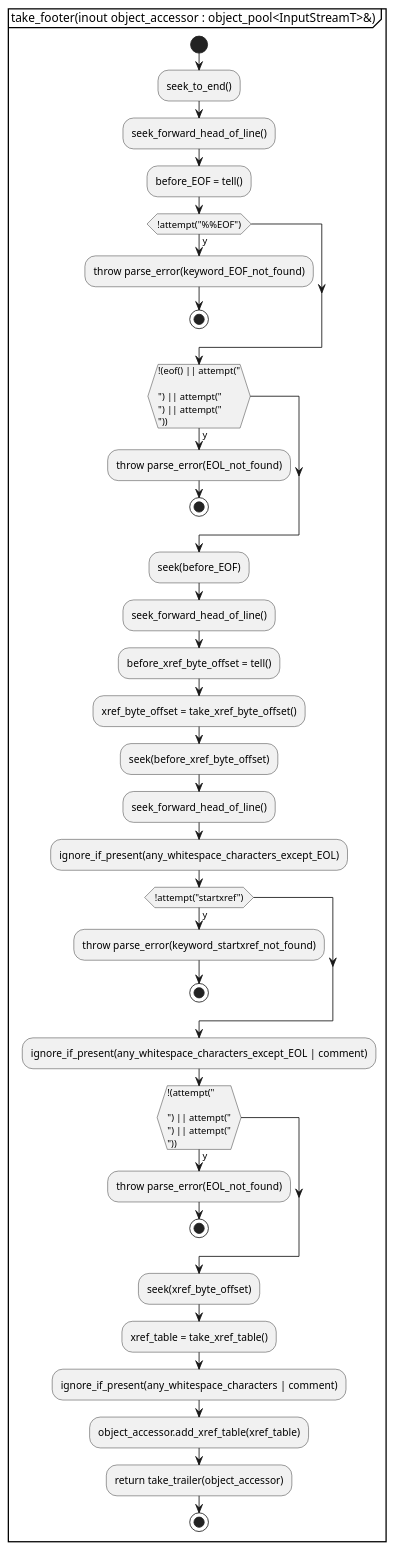
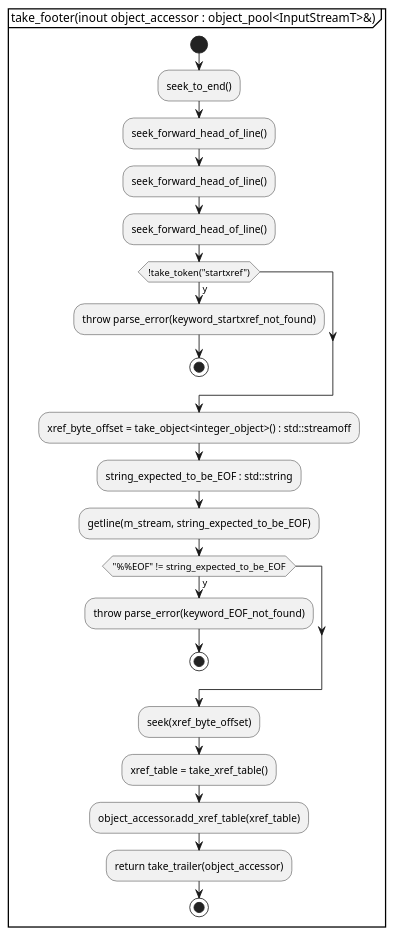
One commit to KodaiYM/PDFReader changed the second of 27 diagrams in document/stream_parser.activity.pu. Above: the diagram before and after it, drawn with PlantUML. The commit also changed other lines of this file and 7 other files, not shown here.

```diff
--- a/document/stream_parser.activity.pu
+++ b/document/stream_parser.activity.pu
@@ -11,49 +11,35 @@
 @startuml take_footer
 partition "take_footer(inout object_accessor : object_pool<InputStreamT>&)" {
 start
-	' %%EOF
 	:seek_to_end();
 	:seek_forward_head_of_line();
-	:before_EOF = tell();
-	if (!attempt("%%EOF")) then (y)
-		:throw parse_error(keyword_EOF_not_found);
-		stop
-	endif
+	:seek_forward_head_of_line();
+	:seek_forward_head_of_line();
 
-	if (!(eof() || attempt("\r\n") || attempt("\n") || attempt("\r"))) then (y)
-		:throw parse_error(EOL_not_found);
+	' startxref
+	if (!take_token("startxref")) then (y)
+		:throw parse_error(keyword_startxref_not_found);
 		stop
 	endif
 
 	' xref バイトオフセット
-	:seek(before_EOF);
-	:seek_forward_head_of_line();
-	:before_xref_byte_offset = tell();
-	:xref_byte_offset = take_xref_byte_offset();
+	:xref_byte_offset = take_object<integer_object>() : std::streamoff;
 
-	' startxref
-	:seek(before_xref_byte_offset);
-	:seek_forward_head_of_line();
-	:ignore_if_present(any_whitespace_characters_except_EOL);
-	if (!attempt("startxref")) then (y)
-		:throw parse_error(keyword_startxref_not_found);
-		stop
-	endif
-	:ignore_if_present(any_whitespace_characters_except_EOL | comment);
-	if (!(attempt("\r\n") || attempt("\n") || attempt("\r"))) then (y)
-		:throw parse_error(EOL_not_found);
+	' %%EOF
+	:string_expected_to_be_EOF : std::string;
+	:getline(m_stream, string_expected_to_be_EOF);
+	if ("%%EOF" != string_expected_to_be_EOF) then (y)
+		:throw parse_error(keyword_EOF_not_found);
 		stop
 	endif
 
 	' Cross Reference Table
 	:seek(xref_byte_offset);
 	:xref_table = take_xref_table();
 
-	:ignore_if_present(any_whitespace_characters | comment);
-
 	' Trailer
 	:object_accessor.add_xref_table(xref_table);
 	:return take_trailer(object_accessor);
 stop
 }
 @enduml
```
